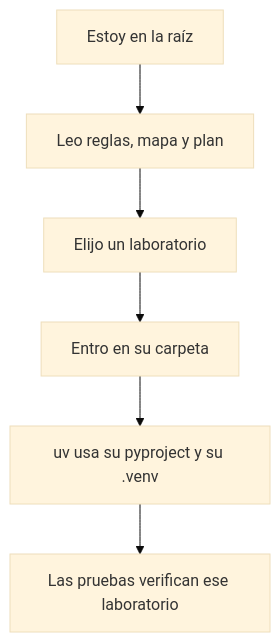
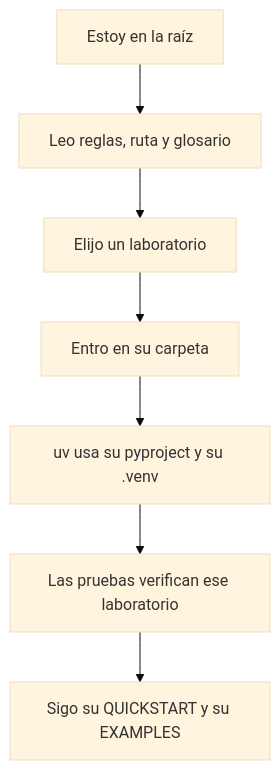
One commit to Cristrva1/BL_Loops changed the diagram in docs/humano/maestro/QUICKSTART.md. Above: the diagram before and after it, drawn with Mermaid (base theme). The commit also changed other lines of this file and 249 other files, not shown here.

````diff
--- a/docs/humano/maestro/QUICKSTART.md
+++ b/docs/humano/maestro/QUICKSTART.md
@@ -191,8 +155,9 @@
 ```mermaid
 flowchart TD
-    A[Estoy en la raíz] --> B[Leo reglas, mapa y plan]
+    A[Estoy en la raíz] --> B[Leo reglas, ruta y glosario]
     B --> C[Elijo un laboratorio]
     C --> D[Entro en su carpeta]
     D --> E[uv usa su pyproject y su .venv]
     E --> F[Las pruebas verifican ese laboratorio]
+    F --> G[Sigo su QUICKSTART y su EXAMPLES]
 ```
````
